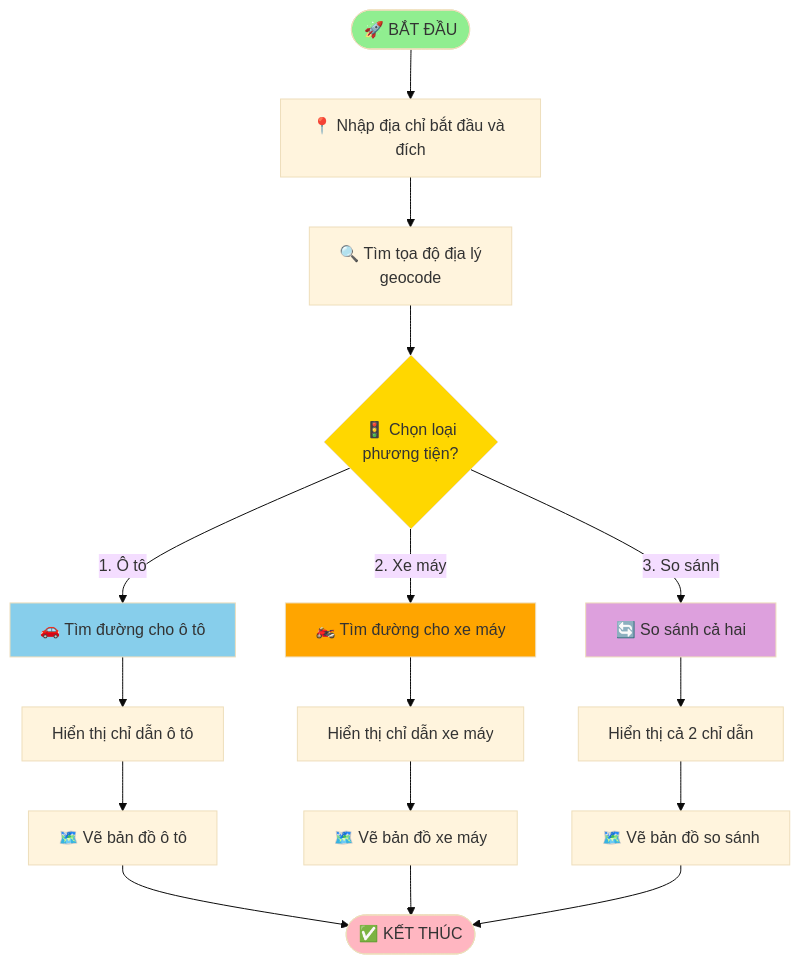
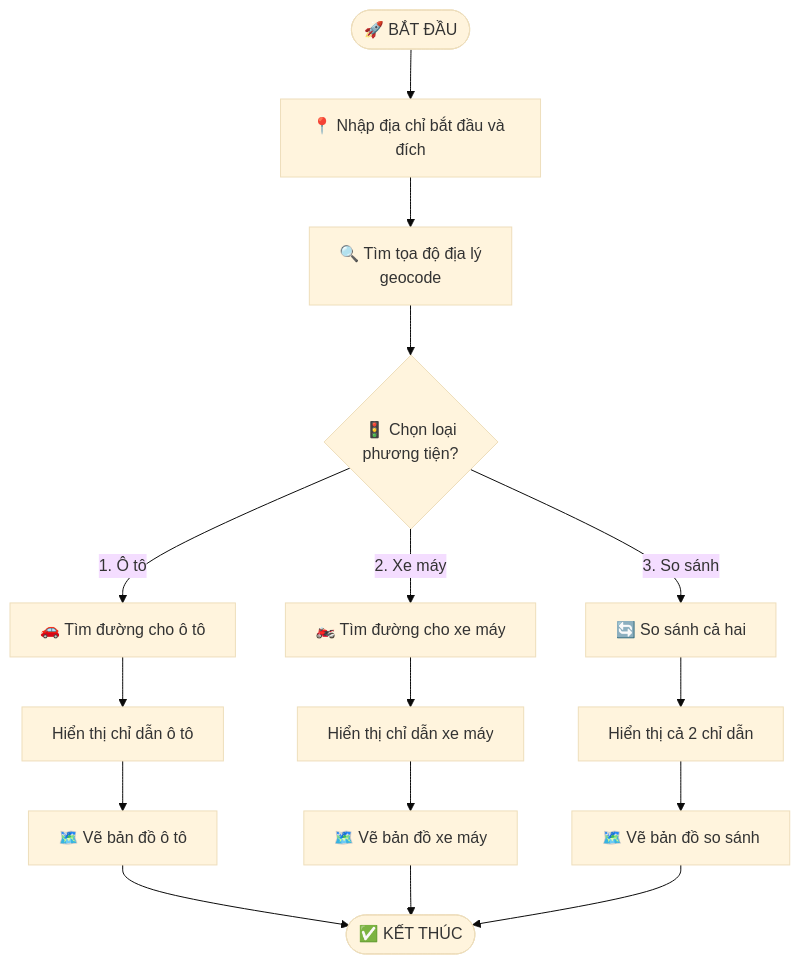
The first of 8 diagrams in flowchart_test.md (vothuctri/----n), drawn with Mermaid (base theme) before and after one commit. The commit also changed other lines of this file and 10 other files, not shown here.

````diff
--- a/flowchart_test.md
+++ b/flowchart_test.md
@@ -5,30 +5,23 @@
 ```mermaid
 flowchart TD
     Start([🚀 BẮT ĐẦU]) --> Input[📍 Nhập địa chỉ bắt đầu và đích]
     Input --> Geocode[🔍 Tìm tọa độ địa lý<br/>geocode]
     Geocode --> Choice{🚦 Chọn loại<br/>phương tiện?}
     
     Choice -->|1. Ô tô| Car[🚗 Tìm đường cho ô tô]
     Choice -->|2. Xe máy| Bike[🏍️ Tìm đường cho xe máy]
     Choice -->|3. So sánh| Compare[🔄 So sánh cả hai]
     
     Car --> ShowCar[Hiển thị chỉ dẫn ô tô]
     ShowCar --> MapCar[🗺️ Vẽ bản đồ ô tô]
     
     Bike --> ShowBike[Hiển thị chỉ dẫn xe máy]
     ShowBike --> MapBike[🗺️ Vẽ bản đồ xe máy]
     
     Compare --> ShowBoth[Hiển thị cả 2 chỉ dẫn]
     ShowBoth --> MapCompare[🗺️ Vẽ bản đồ so sánh]
     
     MapCar --> End([✅ KẾT THÚC])
     MapBike --> End
     MapCompare --> End
-    
-    style Start fill:#90EE90
-    style End fill:#FFB6C1
-    style Choice fill:#FFD700
-    style Car fill:#87CEEB
-    style Bike fill:#FFA500
-    style Compare fill:#DDA0DD
 ```
````
